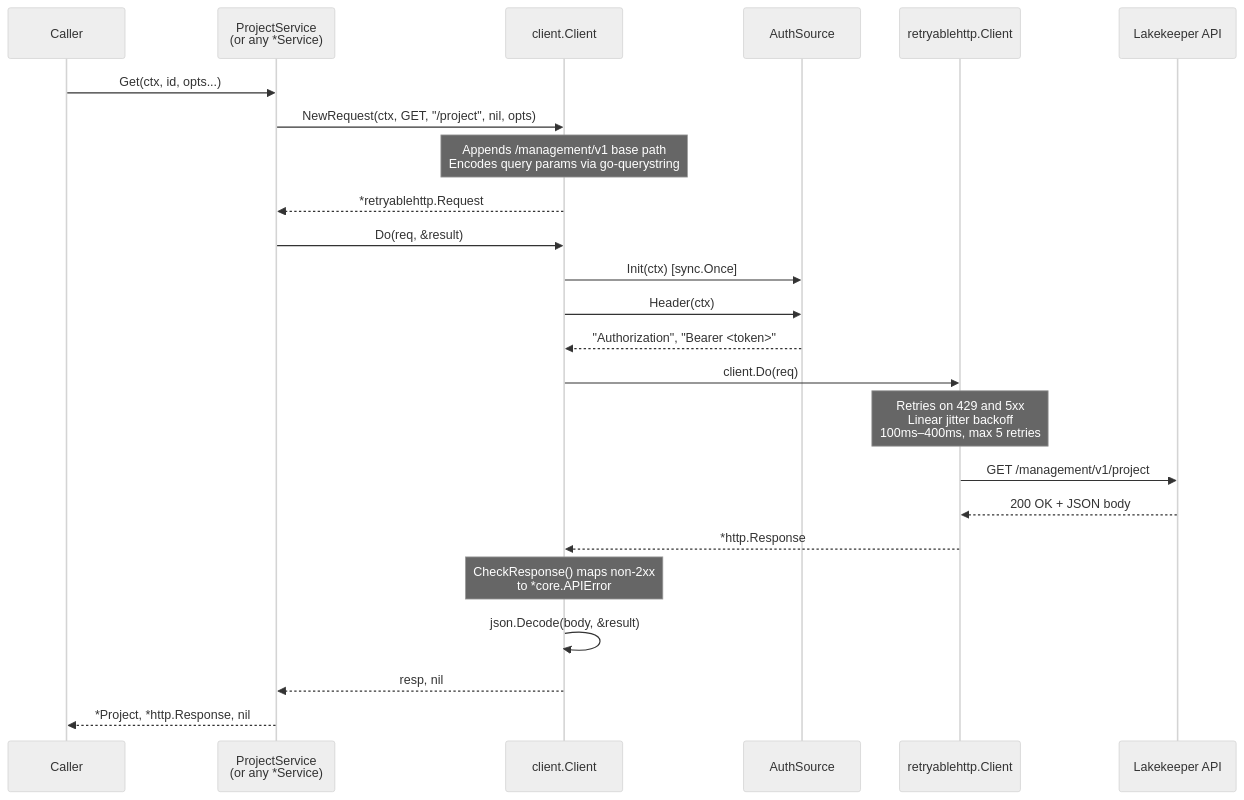
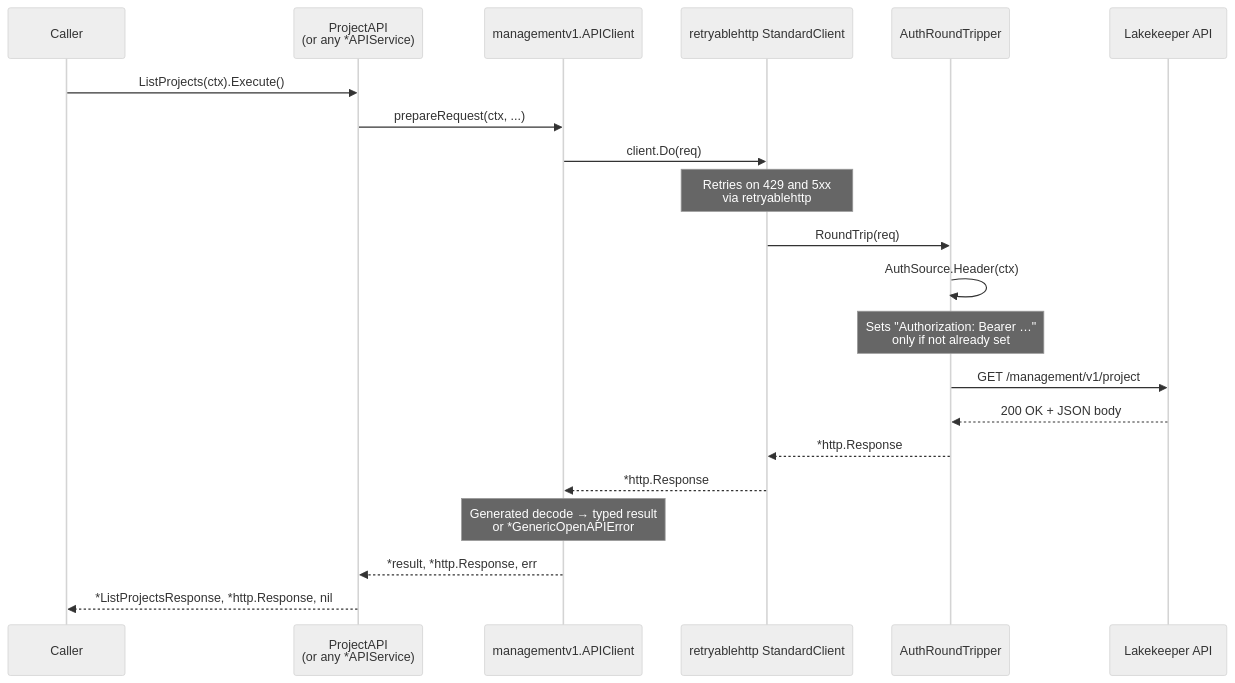
One commit to lakekeeper/go-lakekeeper changed the third of 3 diagrams in docs/ARCHITECTURE.md. Above: the diagram before and after it, drawn with Mermaid (neutral theme). The commit also changed other lines of this file and 644 other files, not shown here.

First line of the commit message:
feat!: replace hand-written Management API with codegen output (#7)

````diff
--- a/docs/ARCHITECTURE.md
+++ b/docs/ARCHITECTURE.md
@@ -72,27 +89,24 @@
 ```mermaid
 sequenceDiagram
     participant Caller
-    participant Service as ProjectService<br/>(or any *Service)
-    participant Client as client.Client
-    participant Auth as AuthSource
-    participant HTTP as retryablehttp.Client
+    participant Service as ProjectAPI<br/>(or any *APIService)
+    participant APIClient as managementv1.APIClient
+    participant HTTP as retryablehttp StandardClient
+    participant Auth as AuthRoundTripper
     participant API as Lakekeeper API
 
-    Caller->>Service: Get(ctx, id, opts...)
-    Service->>Client: NewRequest(ctx, GET, "/project", nil, opts)
-    Note over Client: Appends /management/v1 base path<br/>Encodes query params via go-querystring
-    Client-->>Service: *retryablehttp.Request
-    Service->>Client: Do(req, &result)
-    Client->>Auth: Init(ctx) [sync.Once]
-    Client->>Auth: Header(ctx)
-    Auth-->>Client: "Authorization", "Bearer <token>"
-    Client->>HTTP: client.Do(req)
-    Note over HTTP: Retries on 429 and 5xx<br/>Linear jitter backoff<br/>100ms–400ms, max 5 retries
-    HTTP->>API: GET /management/v1/project
-    API-->>HTTP: 200 OK + JSON body
-    HTTP-->>Client: *http.Response
-    Note over Client: CheckResponse() maps non-2xx<br/>to *core.APIError
-    Client->>Client: json.Decode(body, &result)
-    Client-->>Service: resp, nil
-    Service-->>Caller: *Project, *http.Response, nil
+    Caller->>Service: ListProjects(ctx).Execute()
+    Service->>APIClient: prepareRequest(ctx, ...)
+    APIClient->>HTTP: client.Do(req)
+    Note over HTTP: Retries on 429 and 5xx<br/>via retryablehttp
+    HTTP->>Auth: RoundTrip(req)
+    Auth->>Auth: AuthSource.Header(ctx)
+    Note over Auth: Sets "Authorization: Bearer …"<br/>only if not already set
+    Auth->>API: GET /management/v1/project
+    API-->>Auth: 200 OK + JSON body
+    Auth-->>HTTP: *http.Response
+    HTTP-->>APIClient: *http.Response
+    Note over APIClient: Generated decode → typed result<br/>or *GenericOpenAPIError
+    APIClient-->>Service: *result, *http.Response, err
+    Service-->>Caller: *ListProjectsResponse, *http.Response, nil
 ```
````
